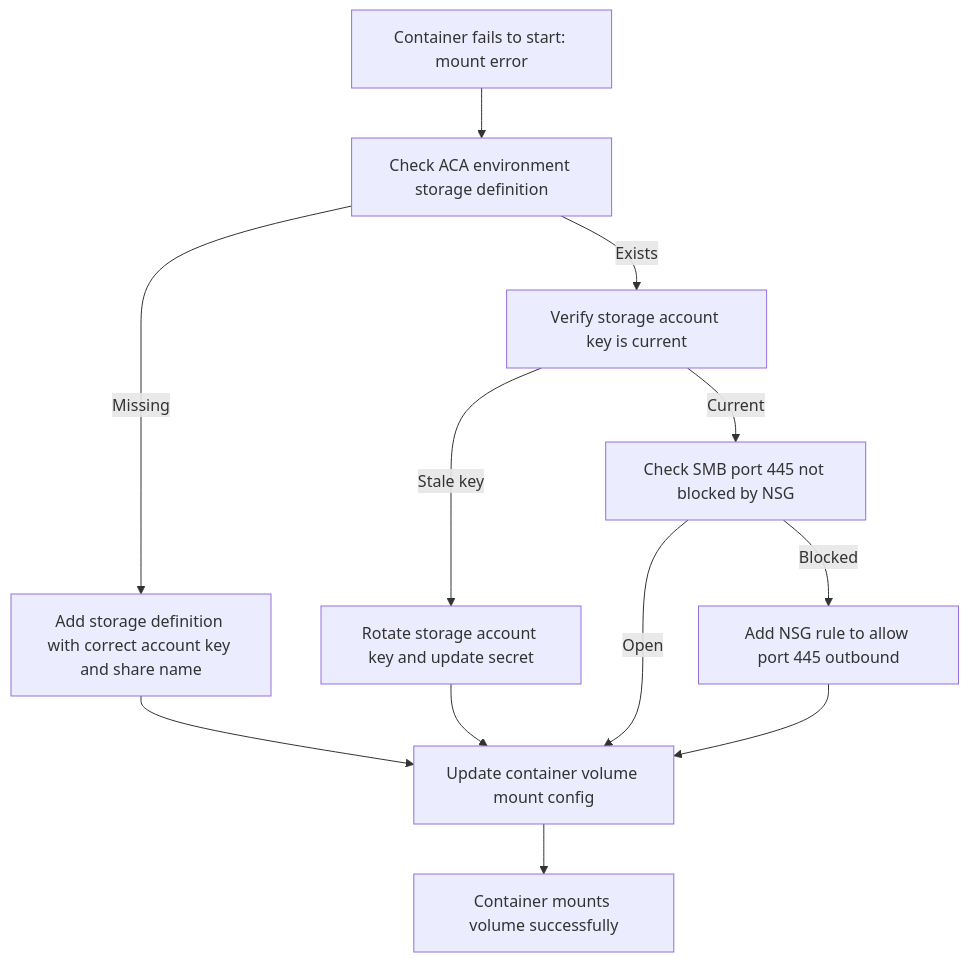
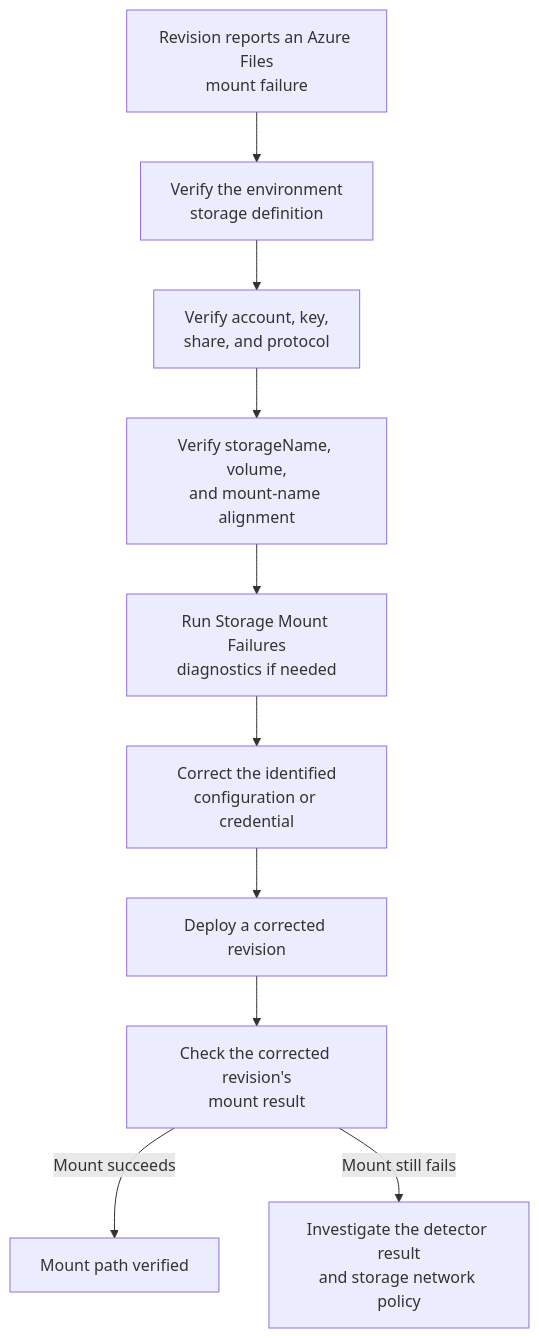
One commit to yeongseon/azure-container-apps-practical-guide changed the diagram in docs/troubleshooting/playbooks/storage-and-volumes/azure-files-mount-failure.md. Above: the diagram before and after it, drawn with Mermaid. The commit also changed other lines of this file and 19 other files, not shown here.

First line of the commit message:
docs(diagrams): migrate remaining troubleshooting diagrams (#629)

````diff
--- a/docs/troubleshooting/playbooks/storage-and-volumes/azure-files-mount-failure.md
+++ b/docs/troubleshooting/playbooks/storage-and-volumes/azure-files-mount-failure.md
@@ -29,14 +32,26 @@
 ```mermaid
 flowchart TD
-    A[Container fails to start: mount error] --> B[Check ACA environment storage definition]
-    B -->|Missing| C[Add storage definition with correct account key and share name]
-    B -->|Exists| D[Verify storage account key is current]
-    C --> E[Update container volume mount config]
-    D -->|Stale key| F[Rotate storage account key and update secret]
-    D -->|Current| G[Check SMB port 445 not blocked by NSG]
-    F --> E
-    G -->|Blocked| H[Add NSG rule to allow port 445 outbound]
-    G -->|Open| E
-    H --> E
-    E --> I[Container mounts volume successfully]
+    accTitle: Diagnose an Azure Files mount failure
+    accDescr: Verify the environment storage definition, credential and share values, revision volume references, and platform storage evidence before redeploying a corrected mount.
+
+    START[Revision reports an Azure Files<br/>mount failure]
+    ENV[Verify the environment<br/>storage definition]
+    VALUES[Verify account, key,<br/>share, and protocol]
+    REFERENCES[Verify storageName, volume,<br/>and mount-name alignment]
+    DETECTOR[Run Storage Mount Failures<br/>diagnostics if needed]
+    CORRECT[Correct the identified<br/>configuration or credential]
+    REDEPLOY[Deploy a corrected revision]
+    MOUNTED[Check the corrected revision's<br/>mount result]
+    DONE[Mount path verified]
+    CONTINUE[Investigate the detector result<br/>and storage network policy]
+
+    START --> ENV
+    ENV --> VALUES
+    VALUES --> REFERENCES
+    REFERENCES --> DETECTOR
+    DETECTOR --> CORRECT
+    CORRECT --> REDEPLOY
+    REDEPLOY --> MOUNTED
+    MOUNTED -->|Mount succeeds| DONE
+    MOUNTED -->|Mount still fails| CONTINUE
 ```
````
